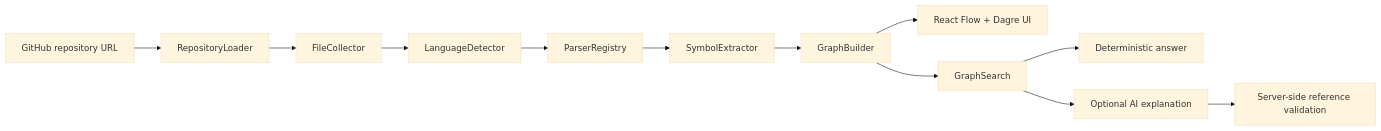
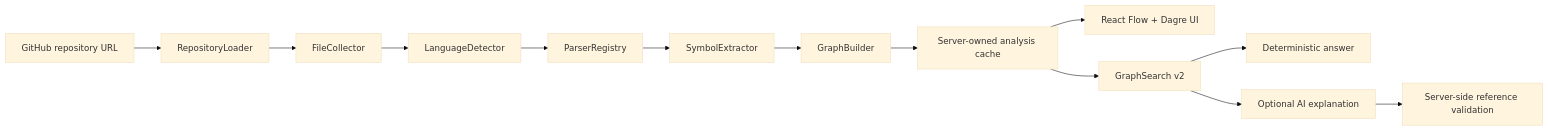
The diagram in README.md (gogun-rgb/codeatlas), drawn with Mermaid (base theme) before and after one commit. The commit also changed other lines of this file and 23 other files, not shown here.

Commit message:
feat: strengthen graph-first CodeAtlas retrieval

````diff
--- a/README.md
+++ b/README.md
@@ -87,14 +92,15 @@
 ```mermaid
 flowchart LR
   A["GitHub repository URL"] --> B["RepositoryLoader"]
   B --> C["FileCollector"]
   C --> D["LanguageDetector"]
   D --> E["ParserRegistry"]
   E --> F["SymbolExtractor"]
   F --> G["GraphBuilder"]
-  G --> H["React Flow + Dagre UI"]
-  G --> I["GraphSearch"]
-  I --> J["Deterministic answer"]
-  I --> K["Optional AI explanation"]
-  K --> L["Server-side reference validation"]
+  G --> H["Server-owned analysis cache"]
+  H --> I["React Flow + Dagre UI"]
+  H --> J["GraphSearch v2"]
+  J --> K["Deterministic answer"]
+  J --> L["Optional AI explanation"]
+  L --> M["Server-side reference validation"]
 ```
````
